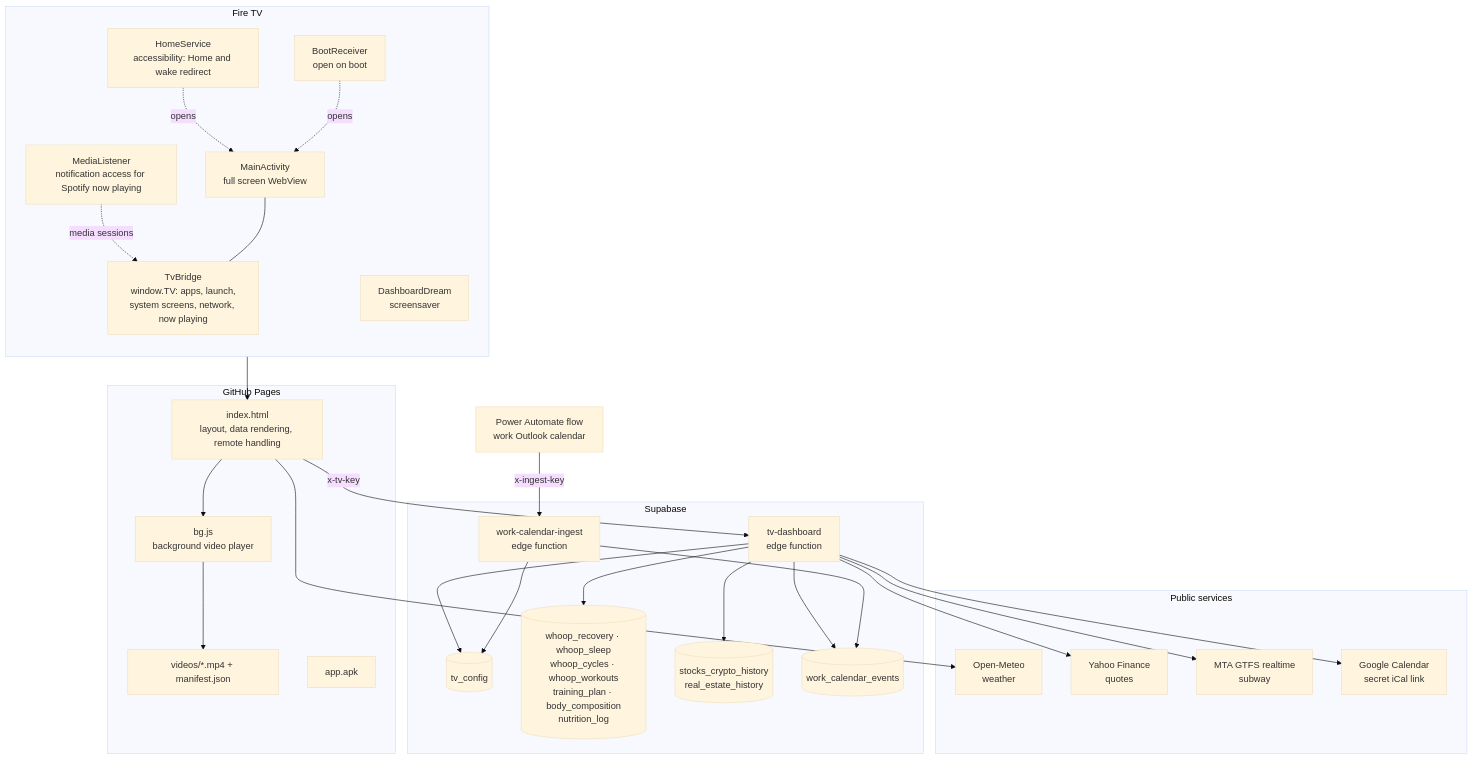
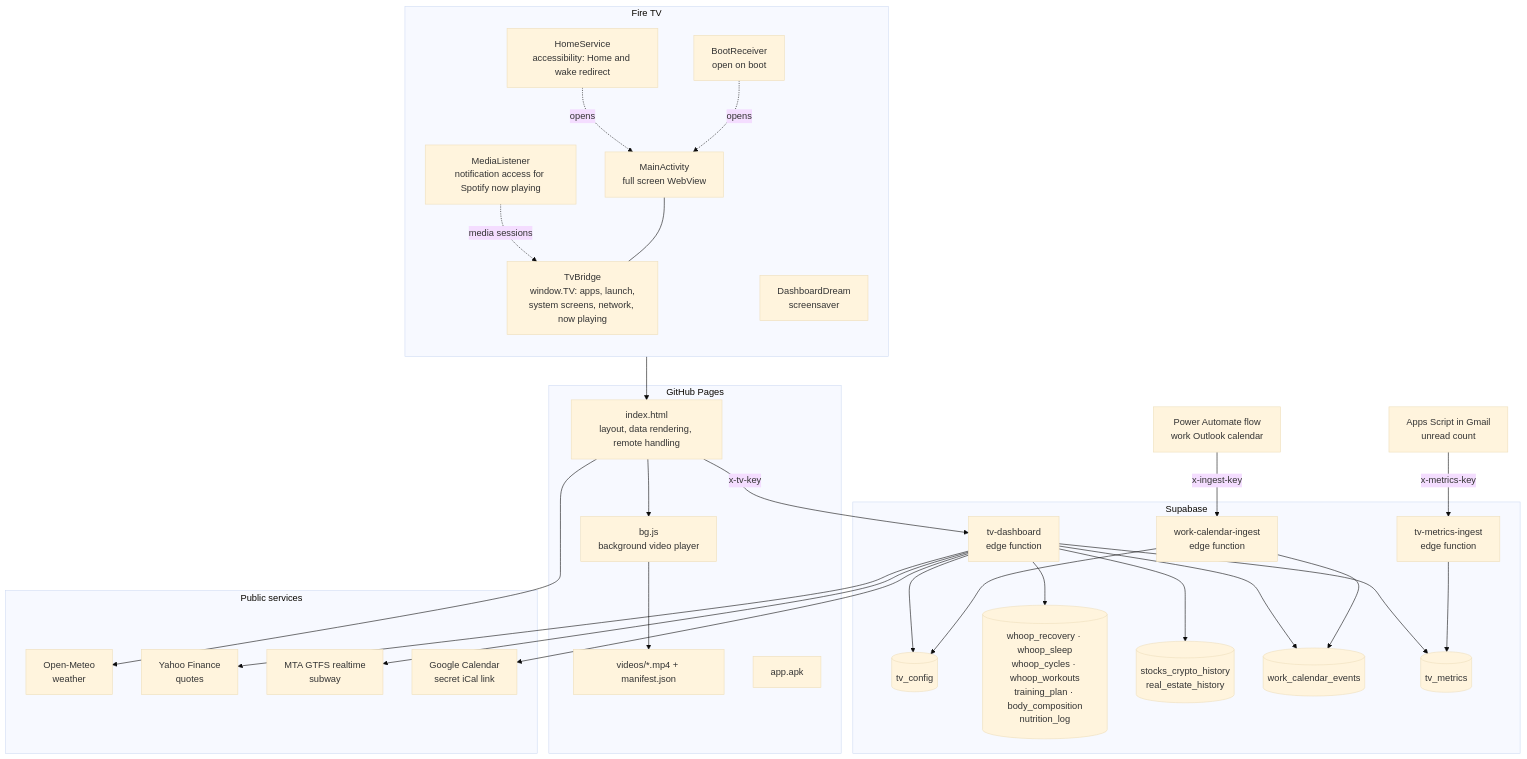
Before and after one commit to fernandomartinez-de/home-HQ: the first of 4 diagrams in docs/architecture.md, drawn with Mermaid (base theme). The commit also changed other lines of this file and 6 other files, not shown here.

First line of the commit message:
Gmail unread count above the calendar

````diff
--- a/docs/architecture.md
+++ b/docs/architecture.md
@@ -8,50 +8,54 @@
 ```mermaid
 flowchart TB
     subgraph TV["Fire TV"]
         direction TB
         MA["MainActivity<br/>full screen WebView"]
         BR["TvBridge<br/>window.TV: apps, launch,<br/>system screens, network, now playing"]
         HS["HomeService<br/>accessibility: Home and wake redirect"]
         ML["MediaListener<br/>notification access for Spotify now playing"]
         ML -. media sessions .-> BR
         DR["DashboardDream<br/>screensaver"]
         BT["BootReceiver<br/>open on boot"]
         MA --- BR
         HS -. opens .-> MA
         BT -. opens .-> MA
     end
 
     subgraph WEB["GitHub Pages"]
         IDX["index.html<br/>layout, data rendering, remote handling"]
         BG["bg.js<br/>background video player"]
         VID["videos/*.mp4 + manifest.json"]
         APK["app.apk"]
     end
 
     subgraph SUPA["Supabase"]
         TVF["tv-dashboard<br/>edge function"]
         INF["work-calendar-ingest<br/>edge function"]
         CFG[("tv_config")]
         HEALTH[("whoop_recovery · whoop_sleep<br/>whoop_cycles · whoop_workouts<br/>training_plan · body_composition<br/>nutrition_log")]
         FIN[("stocks_crypto_history<br/>real_estate_history")]
         WCAL[("work_calendar_events")]
+        MET[("tv_metrics")]
+        MI["tv-metrics-ingest<br/>edge function"]
     end
 
     subgraph OUT["Public services"]
         OM["Open-Meteo<br/>weather"]
         YF["Yahoo Finance<br/>quotes"]
         MTA["MTA GTFS realtime<br/>subway"]
         GCAL["Google Calendar<br/>secret iCal link"]
     end
 
     PAF["Power Automate flow<br/>work Outlook calendar"]
+    GAS["Apps Script in Gmail<br/>unread count"]
 
     MA --> IDX
     IDX --> BG --> VID
     IDX --> OM
     IDX -- "x-tv-key" --> TVF
-    TVF --> CFG & HEALTH & FIN & WCAL
+    TVF --> CFG & HEALTH & FIN & WCAL & MET
     TVF --> YF & MTA & GCAL
     PAF -- "x-ingest-key" --> INF --> WCAL
     INF --> CFG
+    GAS -- "x-metrics-key" --> MI --> MET
 ```
````
